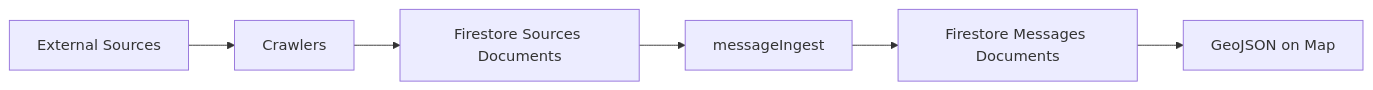
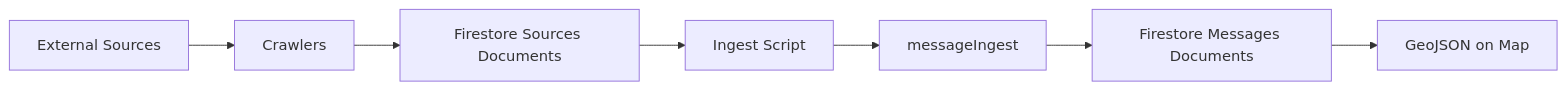
One commit to vbuch/oborishte-map changed the diagram in lib/crawlers/README.md. Above: the diagram before and after it, drawn with Mermaid. The commit also changed other lines of this file and 3 other files, not shown here.

````diff
--- a/lib/crawlers/README.md
+++ b/lib/crawlers/README.md
@@ -28,8 +28,9 @@
 ```mermaid
 flowchart LR
     A[External Sources] --> B[Crawlers]
     B --> C[Firestore Sources Documents]
-    C --> D[messageIngest]
-    D --> E[Firestore Messages Documents]
-    E --> F[GeoJSON on Map]
+    C --> D[Ingest Script]
+    D --> E[messageIngest]
+    E --> F[Firestore Messages Documents]
+    F --> G[GeoJSON on Map]
 ```
````
